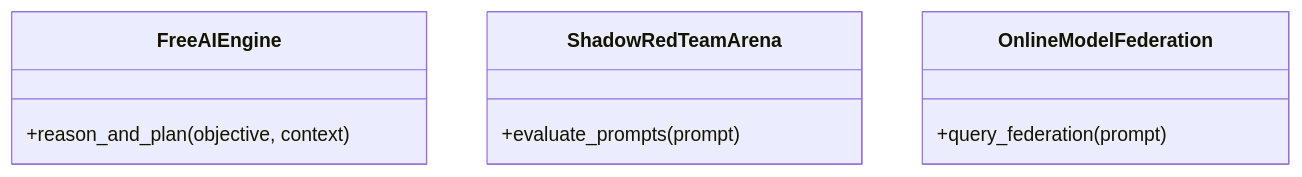
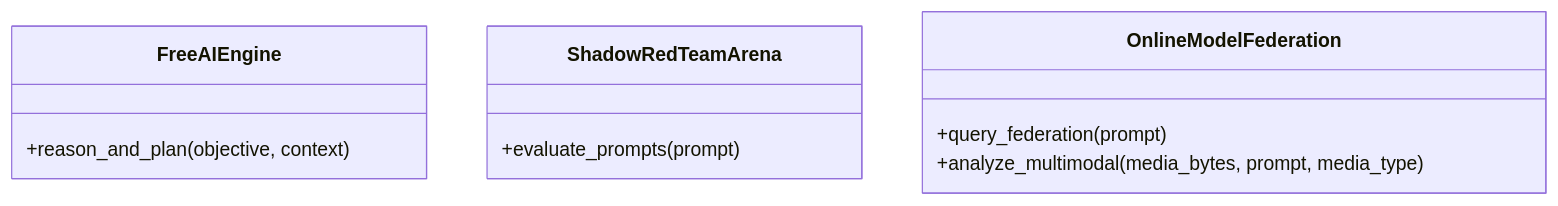
The diagram in docs/architecture/llm/classes.md (SAGBO4/FreeAi), drawn with Mermaid before and after one commit. The commit also changed 11 other files, not shown here.

````diff
--- a/docs/architecture/llm/classes.md
+++ b/docs/architecture/llm/classes.md
@@ -3,13 +3,14 @@
 ```mermaid
 classDiagram
 %% source: app/llm
 class FreeAIEngine {
   +reason_and_plan(objective, context)
 }
 class ShadowRedTeamArena {
   +evaluate_prompts(prompt)
 }
 class OnlineModelFederation {
   +query_federation(prompt)
+  +analyze_multimodal(media_bytes, prompt, media_type)
 }
 ```
````
